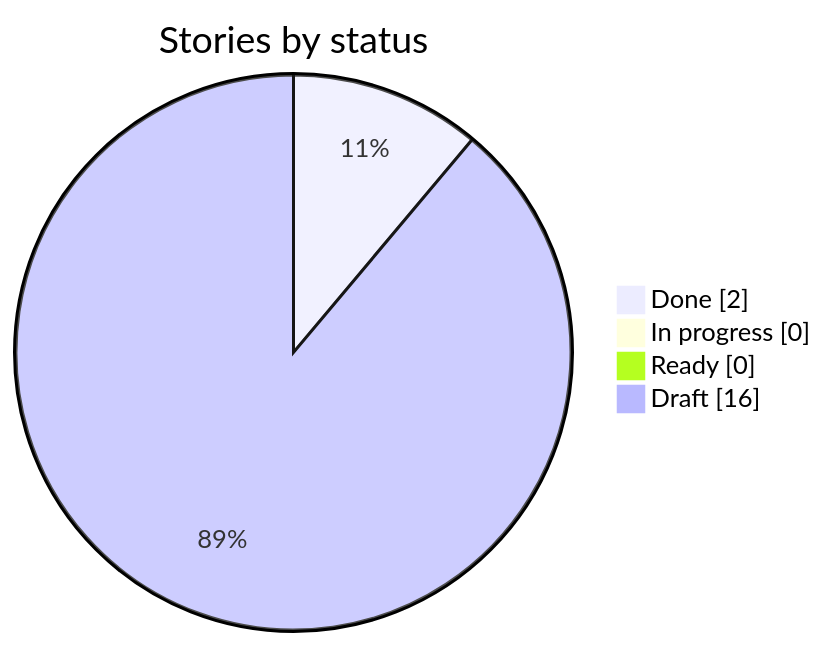
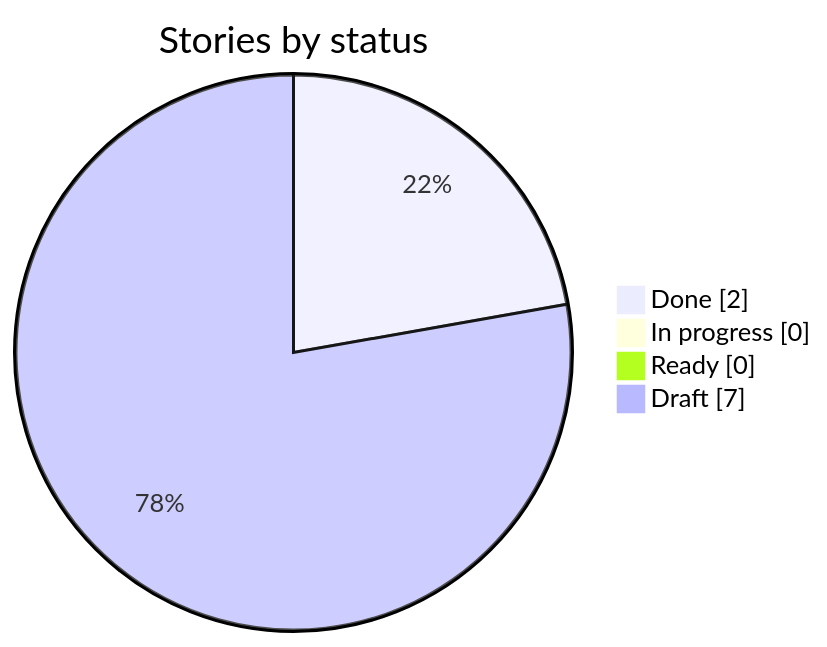
One commit to HebaGaber/oracle-property-intelligence-platform-pipeline-travis-tx changed the first of 2 diagrams in docs/progress.md. Above: the diagram before and after it, drawn with Mermaid. The commit also changed other lines of this file and 25 other files, not shown here.

````diff
--- a/docs/progress.md
+++ b/docs/progress.md
@@ -9,7 +9,7 @@
 ```mermaid
 pie showData title Stories by status
   "Done" : 2
   "In progress" : 0
   "Ready" : 0
-  "Draft" : 16
+  "Draft" : 7
 ```
````
